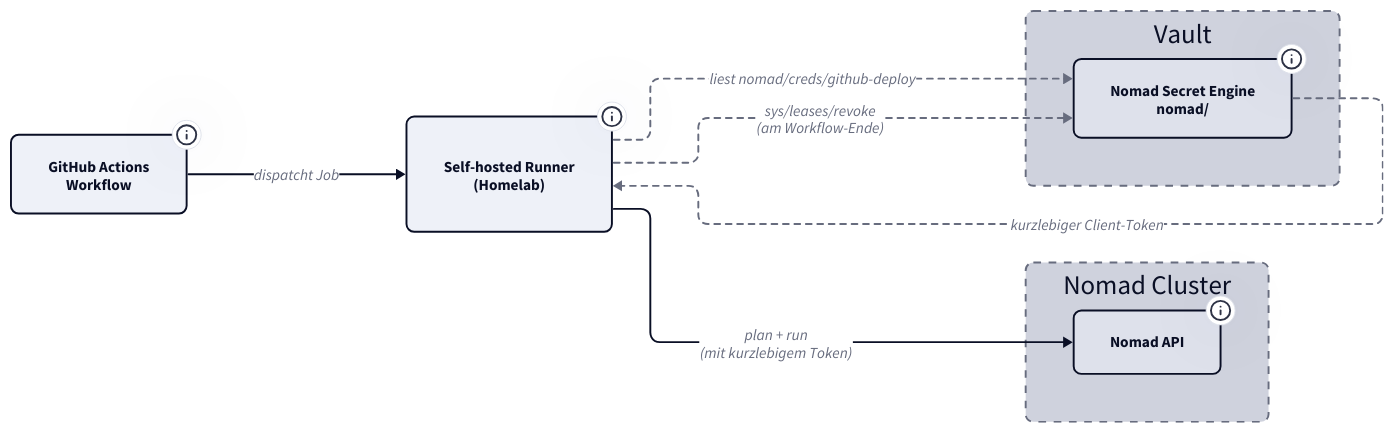
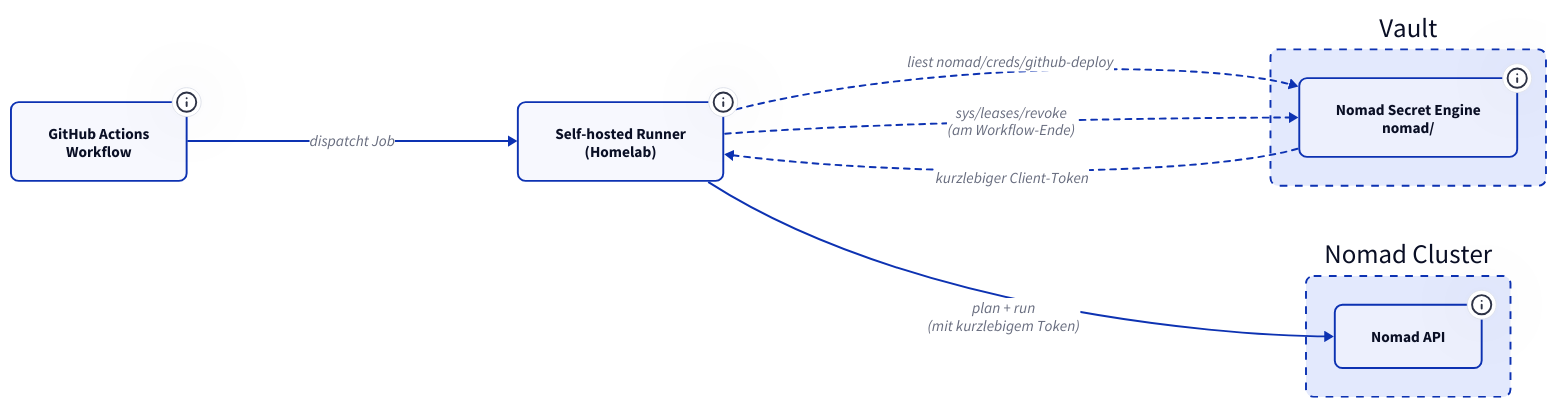
The diagram in docs/github-runner/referenz.md (derever-labs/homelab-wiki), drawn with D2 before and after one commit. The commit also changed 10 other files, not shown here.

First line of the commit message:
docs(identity): Diagramme fuer TALA ueberarbeiten (Batch B4) (#99)

````diff
--- a/docs/github-runner/referenz.md
+++ b/docs/github-runner/referenz.md
@@ -49,64 +49,57 @@
 ```d2
 direction: right
-
-vars: {
-  d2-config: {
-    theme-id: 1
-    layout-engine: elk
-  }
-}
 
 classes: {
   node: {
     style: {
       border-radius: 8
     }
   }
   container: {
     style: {
       border-radius: 8
       stroke-dash: 4
     }
   }
 }
 
 gh: GitHub Actions\nWorkflow {
   class: node
   tooltip: "deploy-nomad-jobs.yml\nTrigger: push auf main\n**/*.nomad"
 }
 
 runner: Self-hosted Runner\n(Homelab) {
   class: node
   tooltip: "runs-on: [self-hosted, homelab]\nVault-Workload-Identity\nRole: github-runner-deploy"
 }
 
 vault: Vault {
   class: container
 
   engine: Nomad Secret Engine\nnomad/ {
     class: node
     tooltip: "Role: github-deploy\nLease-TTL: 30 min\nMax-TTL: 1 h"
   }
 }
 
 nomad: Nomad Cluster {
   class: container
 
   api: Nomad API {
     class: node
     tooltip: "nomad job plan\nnomad job run"
   }
 }
 
 gh -> runner: dispatcht Job
 runner -> vault.engine: liest nomad/creds/github-deploy {
   style.stroke-dash: 3
 }
 vault.engine -> runner: kurzlebiger Client-Token {
   style.stroke-dash: 3
 }
 runner -> nomad.api: plan + run\n(mit kurzlebigem Token)
 runner -> vault.engine: sys/leases/revoke\n(am Workflow-Ende) {
   style.stroke-dash: 3
 }
 ```
````
